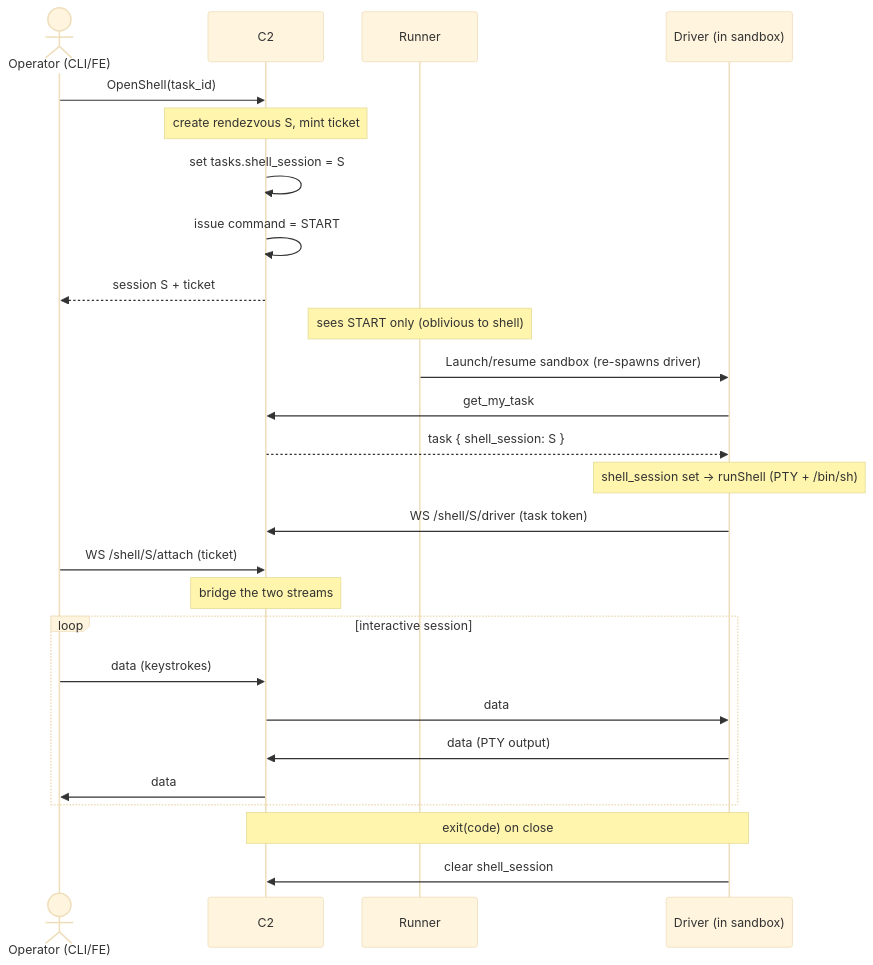
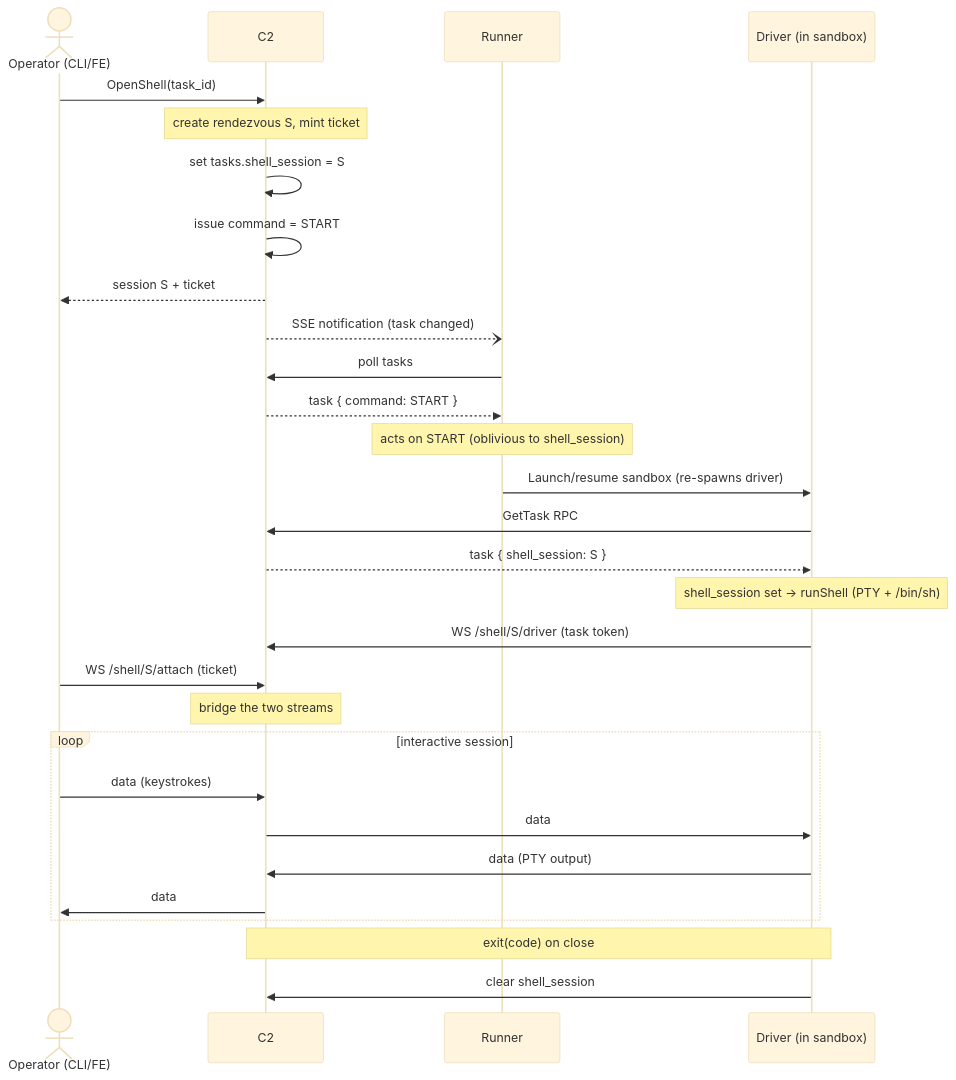
Before and after one commit to icholy/xagent: the diagram in proposals/draft/driver-reverse-shell.md, drawn with Mermaid (base theme).

Commit message:
proposal: fix orchestration diagram (GetTask RPC, runner SSE wake)

````diff
--- a/proposals/draft/driver-reverse-shell.md
+++ b/proposals/draft/driver-reverse-shell.md
@@ -113,34 +113,37 @@
 ```mermaid
 sequenceDiagram
     actor Op as Operator (CLI/FE)
     participant C2
     participant Runner
     participant Driver as Driver (in sandbox)
 
     Op->>C2: OpenShell(task_id)
     Note over C2: create rendezvous S, mint ticket
     C2->>C2: set tasks.shell_session = S
     C2->>C2: issue command = START
     C2-->>Op: session S + ticket
 
-    Note over Runner: sees START only (oblivious to shell)
+    C2--)Runner: SSE notification (task changed)
+    Runner->>C2: poll tasks
+    C2-->>Runner: task { command: START }
+    Note over Runner: acts on START (oblivious to shell_session)
     Runner->>Driver: Launch/resume sandbox (re-spawns driver)
 
-    Driver->>C2: get_my_task
+    Driver->>C2: GetTask RPC
     C2-->>Driver: task { shell_session: S }
     Note over Driver: shell_session set → runShell (PTY + /bin/sh)
 
     Driver->>C2: WS /shell/S/driver (task token)
     Op->>C2: WS /shell/S/attach (ticket)
     Note over C2: bridge the two streams
 
     loop interactive session
         Op->>C2: data (keystrokes)
         C2->>Driver: data
         Driver->>C2: data (PTY output)
         C2->>Op: data
     end
 
     Note over Driver,C2: exit(code) on close
     Driver->>C2: clear shell_session
 ```
````
